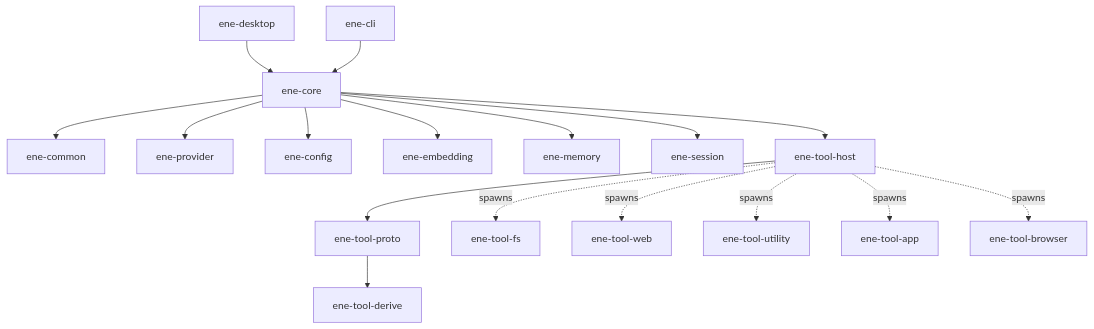
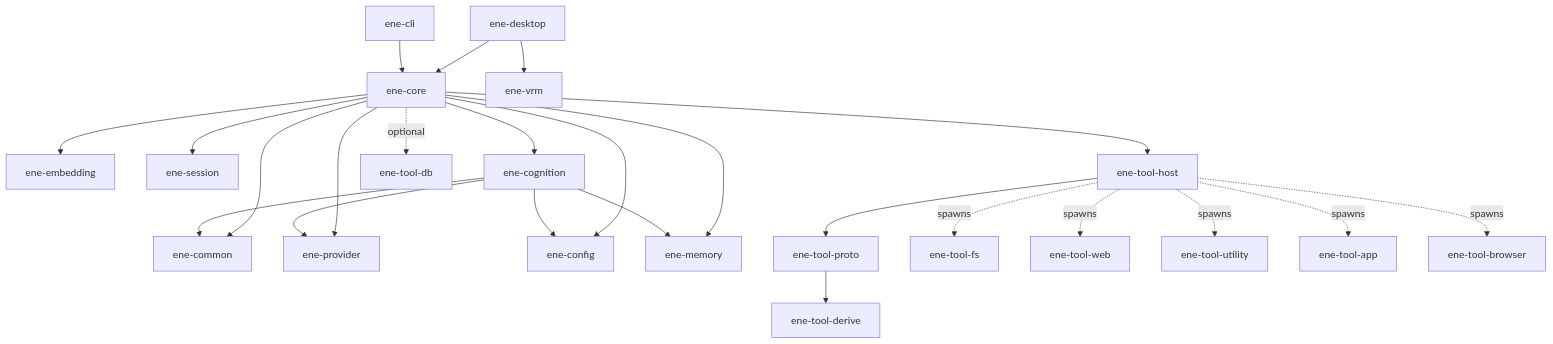
Before and after one commit to pexisgle/ene: the diagram in docs/api/index.md, drawn with Mermaid. The commit also changed other lines of this file and 64 other files, not shown here.

````diff
--- a/docs/api/index.md
+++ b/docs/api/index.md
@@ -33,22 +35,30 @@
 ```mermaid
 flowchart TD
   Desktop[ene-desktop] --> Core[ene-core]
+  Desktop --> Vrm[ene-vrm]
   CLI[ene-cli] --> Core
 
   Core --> Common[ene-common]
   Core --> Provider[ene-provider]
   Core --> Config[ene-config]
   Core --> Embed[ene-embedding]
   Core --> Memory[ene-memory]
   Core --> Session[ene-session]
+  Core --> Cognition[ene-cognition]
   Core --> ToolHost[ene-tool-host]
+  Core -.optional.-> ToolDb[ene-tool-db]
+
+  Cognition --> Memory
+  Cognition --> Config
+  Cognition --> Provider
+  Cognition --> Common
 
   ToolHost --> Proto[ene-tool-proto]
   Proto --> Derive[ene-tool-derive]
 
   ToolHost -.spawns.-> ToolFs[ene-tool-fs]
   ToolHost -.spawns.-> ToolWeb[ene-tool-web]
   ToolHost -.spawns.-> ToolUtil[ene-tool-utility]
   ToolHost -.spawns.-> ToolApp[ene-tool-app]
   ToolHost -.spawns.-> ToolBrowser[ene-tool-browser]
 ```
````
